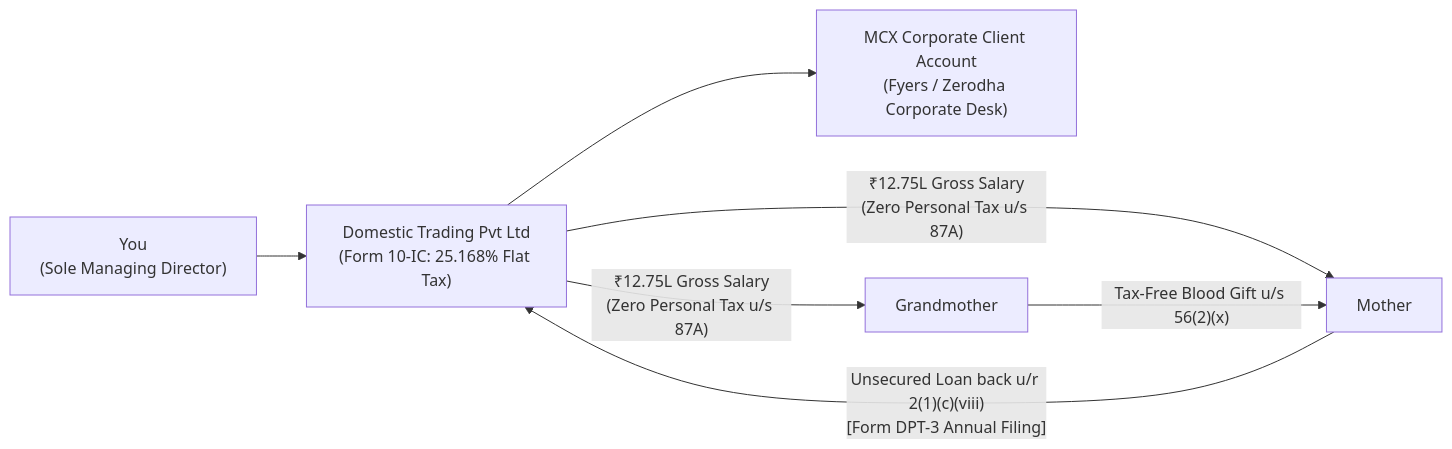
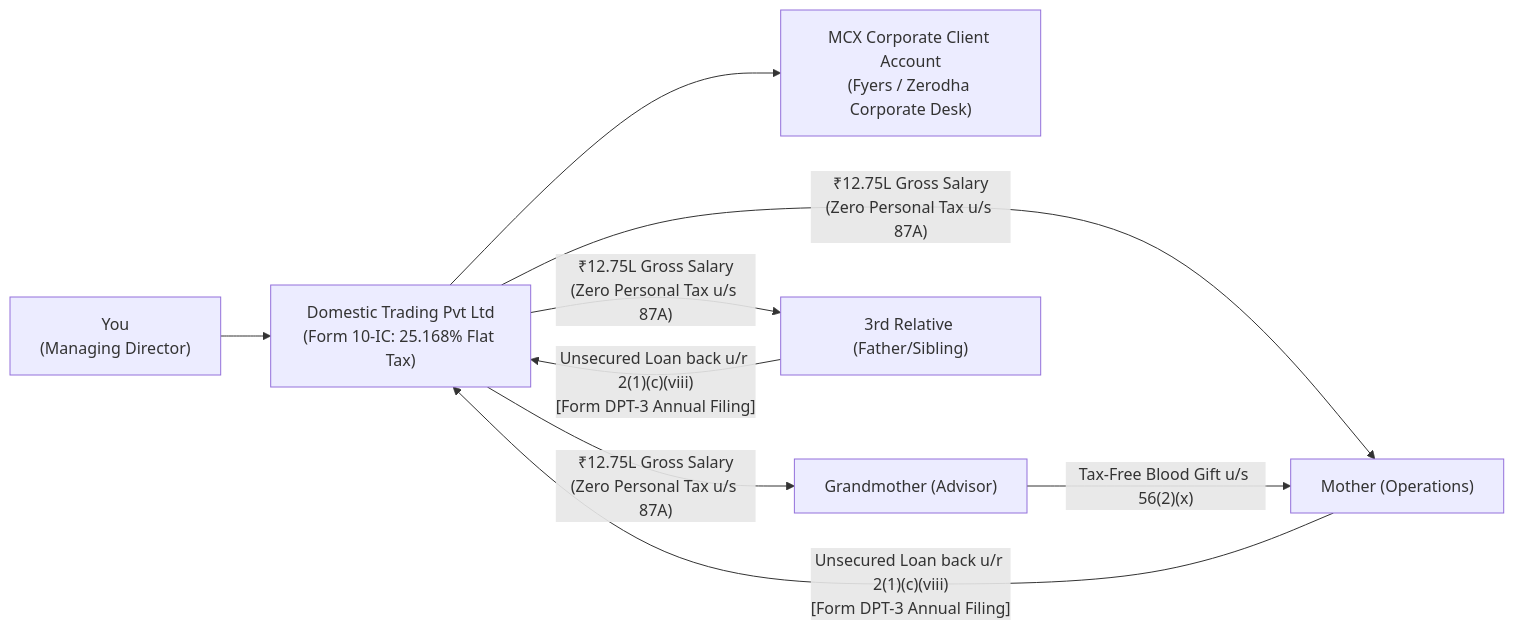
The second of 11 diagrams in models/execution_and_tax_validation_plan.md (yieldchaser/mcx-margins), drawn with Mermaid before and after one commit. The commit also changed other lines of this file and 1 other file, not shown here.

Commit message:
docs: finalize end-to-end Master Institutional Blueprint with complete tax, MCX capacity, and GIFT City analytics

````diff
--- a/models/execution_and_tax_validation_plan.md
+++ b/models/execution_and_tax_validation_plan.md
@@ -32,11 +66,22 @@
 ```mermaid
 flowchart LR
-    You["You\n(Sole Managing Director)"] --> Company["Domestic Trading Pvt Ltd\n(Form 10-IC: 25.168% Flat Tax)"]
-    Company --> Broker["MCX Corporate Client Account\n(Fyers / Zerodha Corporate Desk)"]
+    You["You
+(Managing Director)"] --> Company["Domestic Trading Pvt Ltd
+(Form 10-IC: 25.168% Flat Tax)"]
+    Company --> Broker["MCX Corporate Client Account
+(Fyers / Zerodha Corporate Desk)"]
     
-    Company -->|"₹12.75L Gross Salary\n(Zero Personal Tax u/s 87A)"| Mother["Mother"]
-    Mother -->|"Unsecured Loan back u/r 2(1)(c)(viii)\n[Form DPT-3 Annual Filing]"| Company
+    Company -->|"₹12.75L Gross Salary
+(Zero Personal Tax u/s 87A)"| Mother["Mother (Operations)"]
+    Mother -->|"Unsecured Loan back u/r 2(1)(c)(viii)
+[Form DPT-3 Annual Filing]"| Company
     
-    Company -->|"₹12.75L Gross Salary\n(Zero Personal Tax u/s 87A)"| Gran["Grandmother"]
+    Company -->|"₹12.75L Gross Salary
+(Zero Personal Tax u/s 87A)"| Gran["Grandmother (Advisor)"]
     Gran -->|"Tax-Free Blood Gift u/s 56(2)(x)"| Mother
+    
+    Company -->|"₹12.75L Gross Salary
+(Zero Personal Tax u/s 87A)"| Rel3["3rd Relative (Father/Sibling)"]
+    Rel3 -->|"Unsecured Loan back u/r 2(1)(c)(viii)
+[Form DPT-3 Annual Filing]"| Company
 ```
````
